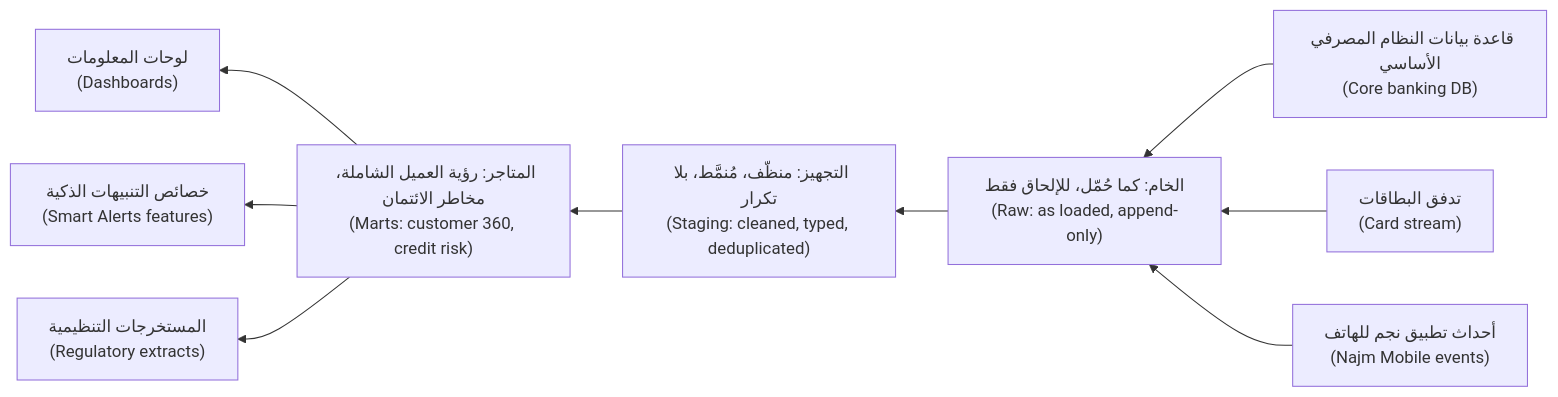
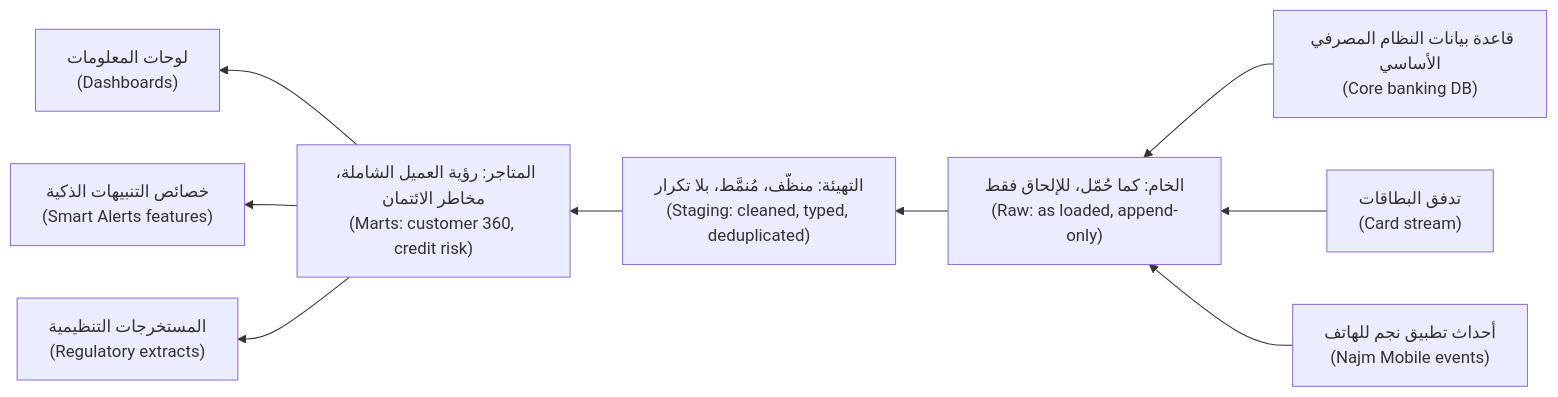
Before and after one commit to Tamoura/system-design-for-vibe-coders: the third of 3 diagrams in data/modules/01-sql-modelling.ar.md, drawn with Mermaid. The commit also changed other lines of this file and 551 other files, not shown here.

````diff
--- a/data/modules/01-sql-modelling.ar.md
+++ b/data/modules/01-sql-modelling.ar.md
@@ -723,11 +723,11 @@
 ```mermaid
 flowchart RL
     S1["قاعدة بيانات النظام المصرفي الأساسي<br/>(Core banking DB)"] --> R["الخام: كما حُمّل، للإلحاق فقط<br/>(Raw: as loaded, append-only)"]
     S2["تدفق البطاقات<br/>(Card stream)"] --> R
     S3["أحداث تطبيق نجم للهاتف<br/>(Najm Mobile events)"] --> R
-    R --> ST["التجهيز: منظّف، مُنمَّط، بلا تكرار<br/>(Staging: cleaned, typed, deduplicated)"]
+    R --> ST["التهيئة: منظّف، مُنمَّط، بلا تكرار<br/>(Staging: cleaned, typed, deduplicated)"]
     ST --> M["المتاجر: رؤية العميل الشاملة، مخاطر الائتمان<br/>(Marts: customer 360, credit risk)"]
     M --> C1["لوحات المعلومات<br/>(Dashboards)"]
     M --> C2["خصائص التنبيهات الذكية<br/>(Smart Alerts features)"]
     M --> C3["المستخرجات التنظيمية<br/>(Regulatory extracts)"]
 ```
````
